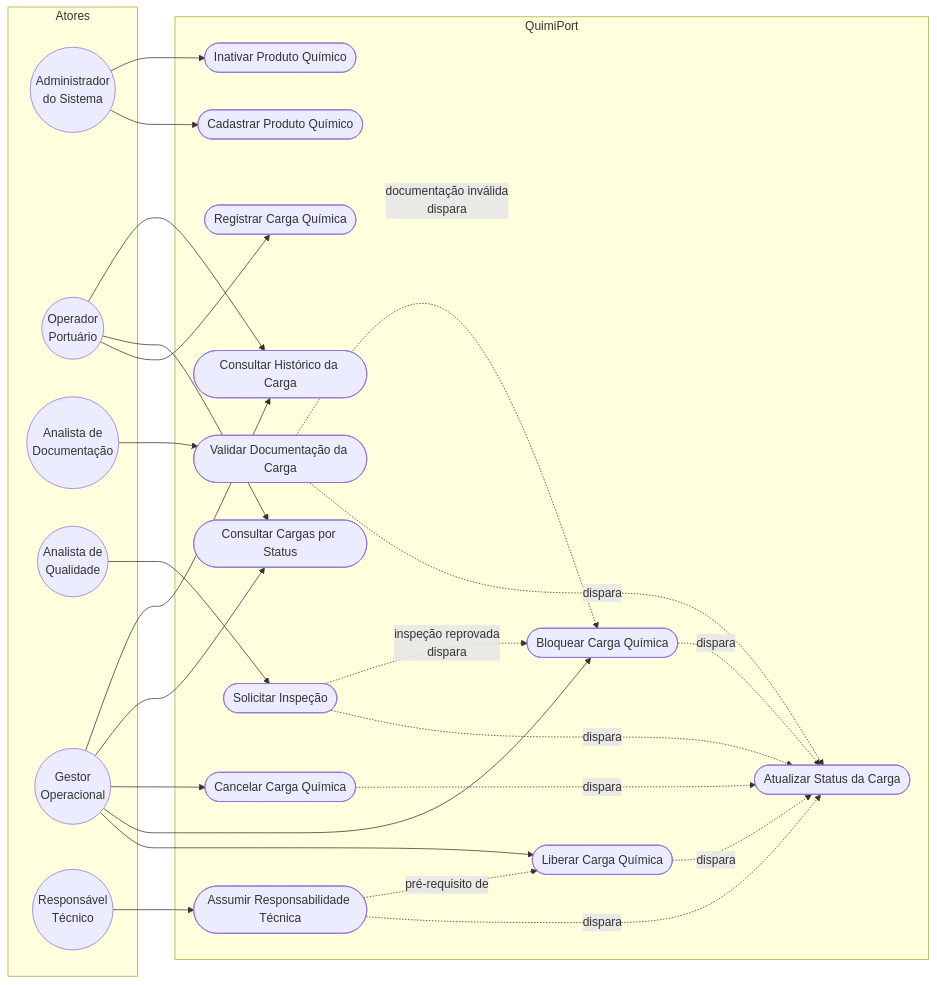
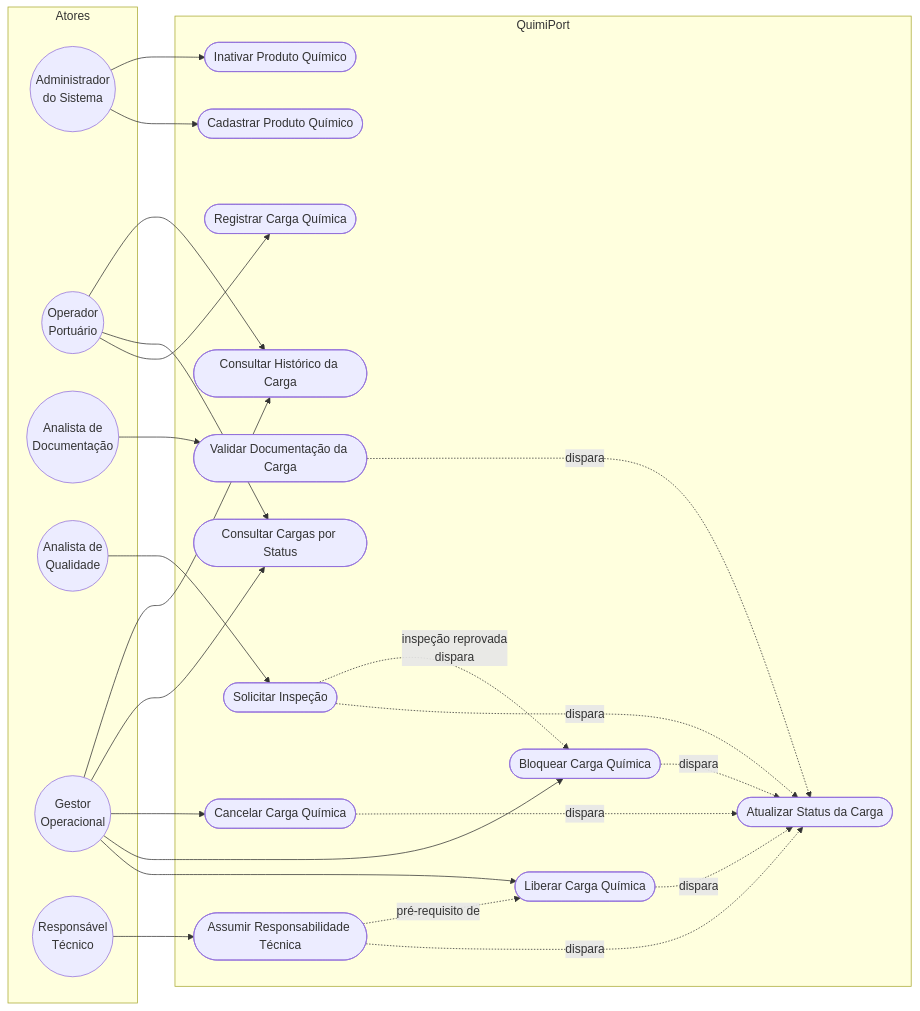
Before and after one commit to LuisCastanh0/quimiport: the first of 2 diagrams in docs/casos-de-uso.md, drawn with Mermaid. The commit also changed other lines of this file and 8 other files, not shown here.

````diff
--- a/docs/casos-de-uso.md
+++ b/docs/casos-de-uso.md
@@ -12,50 +14,49 @@
 ```mermaid
 flowchart LR
     subgraph Atores
         AT1((Administrador<br/>do Sistema))
         AT2((Operador<br/>Portuário))
         AT3((Analista de<br/>Documentação))
         AT4((Analista de<br/>Qualidade))
         AT5((Gestor<br/>Operacional))
         AT6((Responsável<br/>Técnico))
     end
 
     subgraph SIS["QuimiPort"]
         UC01([Cadastrar Produto Químico])
         UC02([Inativar Produto Químico])
         UC03([Registrar Carga Química])
         UC04([Validar Documentação da Carga])
         UC05([Solicitar Inspeção])
         UC06([Liberar Carga Química])
         UC07([Bloquear Carga Química])
         UC08([Atualizar Status da Carga])
         UC09([Cancelar Carga Química])
         UC10([Consultar Cargas por Status])
         UC11([Consultar Histórico da Carga])
         UC12([Assumir Responsabilidade Técnica])
     end
 
     AT1 --> UC01
     AT1 --> UC02
     AT2 --> UC03
     AT2 --> UC10
     AT2 --> UC11
     AT3 --> UC04
     AT4 --> UC05
     AT5 --> UC06
     AT5 --> UC07
     AT5 --> UC09
     AT5 --> UC10
     AT5 --> UC11
     AT6 --> UC12
 
     UC04 -. dispara .-> UC08
-    UC04 -. documentação inválida\ndispara .-> UC07
     UC05 -. dispara .-> UC08
     UC05 -. inspeção reprovada\ndispara .-> UC07
     UC06 -. dispara .-> UC08
     UC07 -. dispara .-> UC08
     UC09 -. dispara .-> UC08
     UC12 -. dispara .-> UC08
     UC12 -. pré-requisito de .-> UC06
 ```
````
